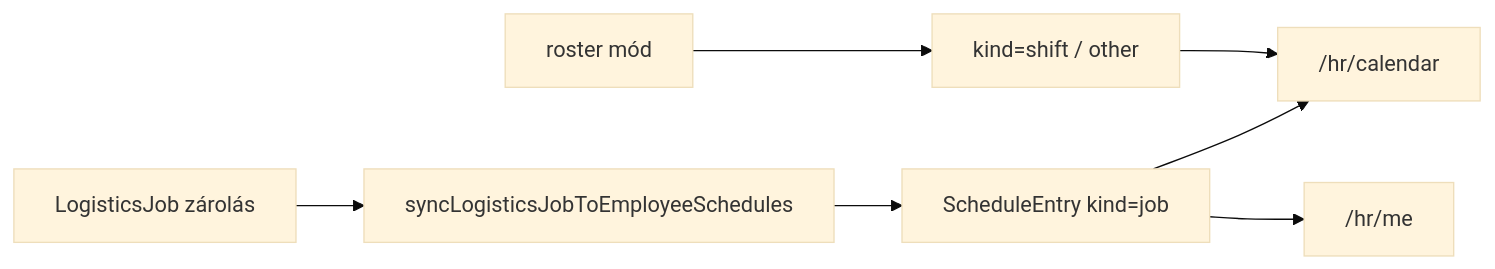
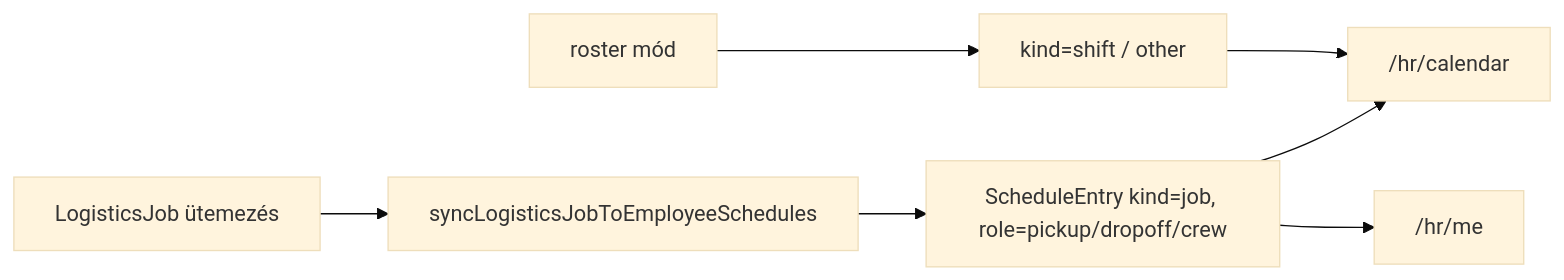
One commit to Tomkoooo/tCrm changed diagram 12 of 12 in docs/inventory_and_logistics_flows.md. Above: the diagram before and after it, drawn with Mermaid (base theme). The commit also changed other lines of this file and 66 other files, not shown here.

First line of the commit message:
feat(logistics): simplify jobs to pickup/return check-in without a plan engine

````diff
--- a/docs/inventory_and_logistics_flows.md
+++ b/docs/inventory_and_logistics_flows.md
@@ -555,9 +548,9 @@
 ```mermaid
 flowchart LR
-  Job[LogisticsJob zárolás] --> Sync[syncLogisticsJobToEmployeeSchedules]
-  Sync --> SE[ScheduleEntry kind=job]
+  Job[LogisticsJob ütemezés] --> Sync[syncLogisticsJobToEmployeeSchedules]
+  Sync --> SE["ScheduleEntry kind=job, role=pickup/dropoff/crew"]
   SE --> Cal["/hr/calendar"]
   SE --> Me["/hr/me"]
   Roster[roster mód] --> Shift[kind=shift / other]
   Shift --> Cal
 ```
````
